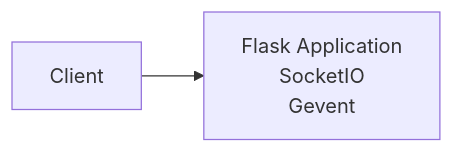
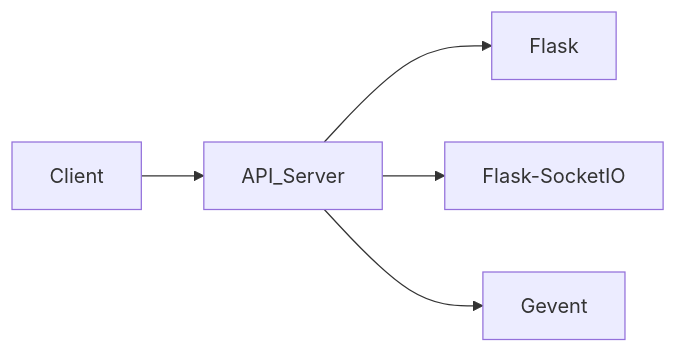
One commit to HimansuSaha/voice-be changed the diagram in docs/architecture/overview.md. Above: the diagram before and after it, drawn with Mermaid. The commit also changed other lines of this file and 4 other files, not shown here.

````diff
--- a/docs/architecture/overview.md
+++ b/docs/architecture/overview.md
@@ -75,5 +22,7 @@
 ```mermaid
 graph LR
-    Client --> Server;
-    Server[Flask Application<br>SocketIO<br>Gevent]
+    Client --> API_Server
+    API_Server --> Flask
+    API_Server --> Flask-SocketIO
+    API_Server --> Gevent
 ```
````
